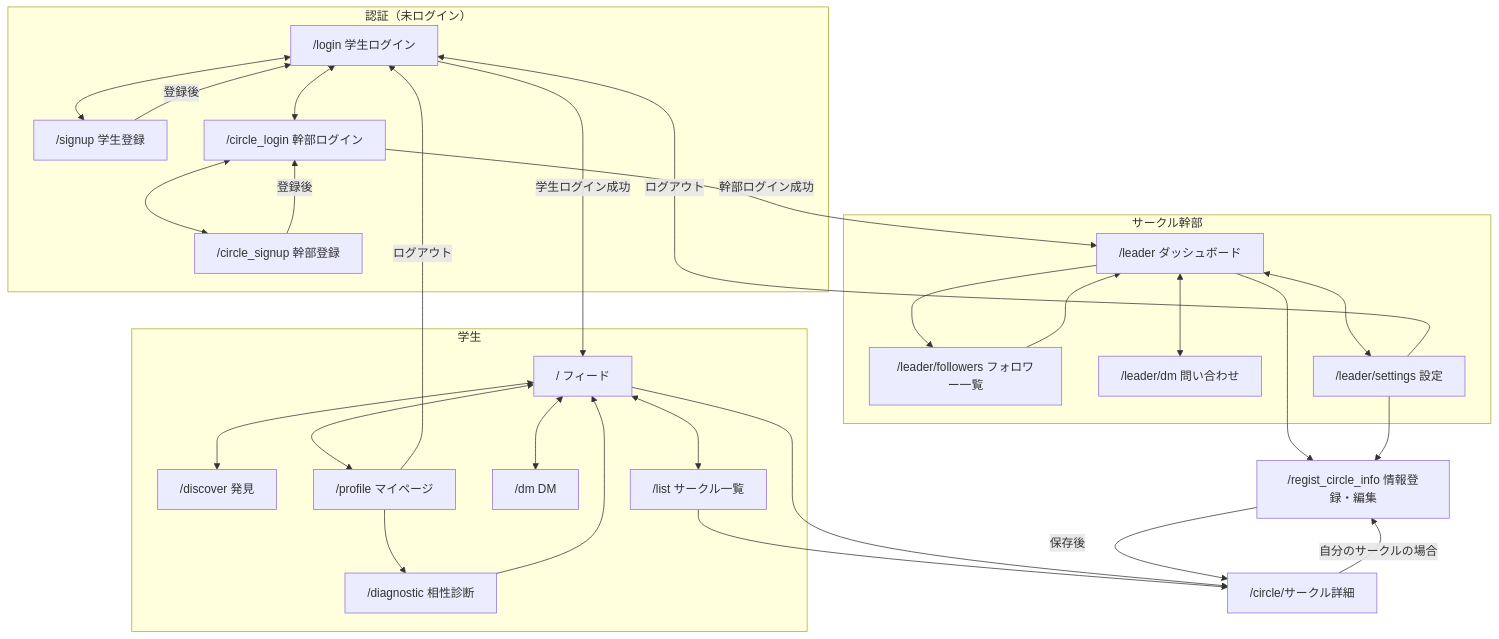
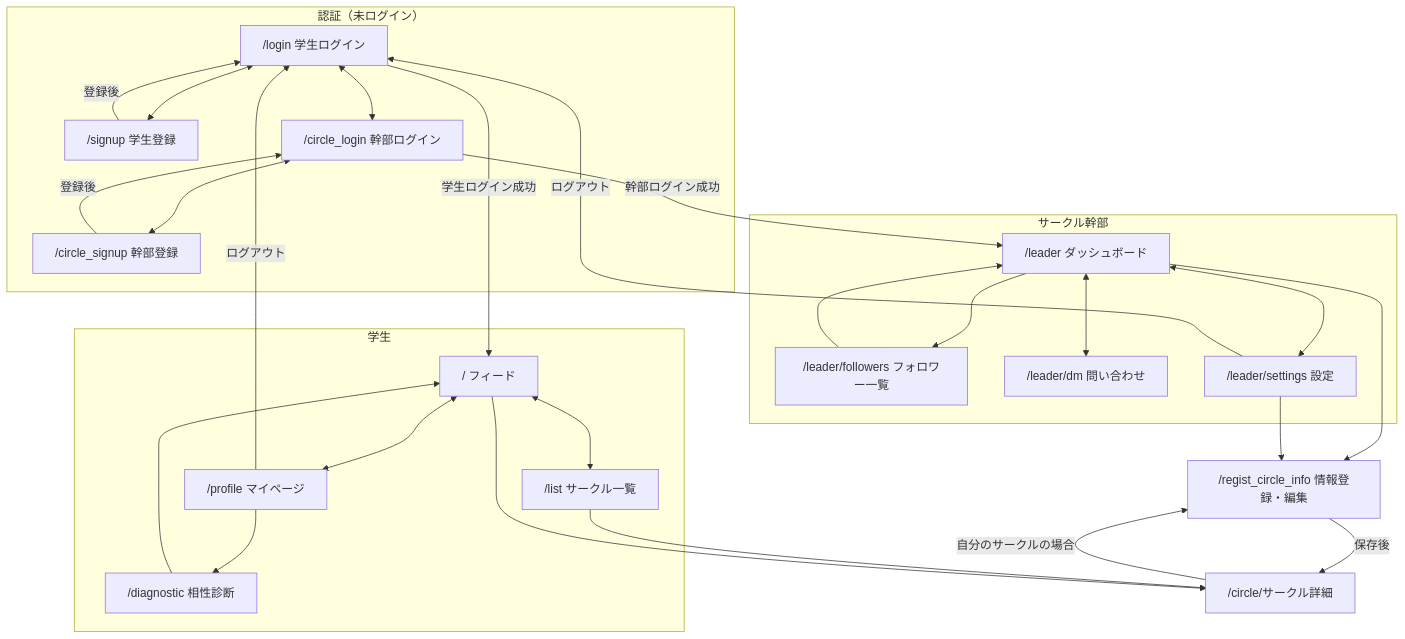
The diagram in README.md (Ankou369/circle_search_app), drawn with Mermaid before and after one commit. The commit also changed 2 other files, not shown here.

Commit message:
学生側の発見・DM画面を削除し、下部ナビを3項目（ホーム/一覧/マイページ）に変更。READMEの状態遷移図も同期

````diff
--- a/README.md
+++ b/README.md
@@ -9,50 +9,46 @@
 ```mermaid
 flowchart TD
     subgraph auth ["認証（未ログイン）"]
         L["/login 学生ログイン"]
         SU["/signup 学生登録"]
         CL["/circle_login 幹部ログイン"]
         CS["/circle_signup 幹部登録"]
         L <--> SU
         CL <--> CS
         L <--> CL
     end
     subgraph student ["学生"]
         HOME["/ フィード"]
-        DIS["/discover 発見"]
         LIST["/list サークル一覧"]
-        SDM["/dm DM"]
         PROF["/profile マイページ"]
         DIAG["/diagnostic 相性診断"]
-        HOME <--> DIS
         HOME <--> LIST
-        HOME <--> SDM
         HOME <--> PROF
         PROF --> DIAG
         DIAG --> HOME
     end
     subgraph leader ["サークル幹部"]
         DASH["/leader ダッシュボード"]
         FOL["/leader/followers フォロワー一覧"]
         LDM["/leader/dm 問い合わせ"]
         SET["/leader/settings 設定"]
         DASH <--> LDM
         DASH <--> SET
         DASH --> FOL
         FOL --> DASH
     end
     DET["/circle/サークル詳細"]
     REG["/regist_circle_info 情報登録・編集"]
     L -->|学生ログイン成功| HOME
     SU -->|登録後| L
     CL -->|幹部ログイン成功| DASH
     CS -->|登録後| CL
     LIST --> DET
     HOME --> DET
     DASH --> REG
     SET --> REG
     DET -->|自分のサークルの場合| REG
     REG -->|保存後| DET
     PROF -->|ログアウト| L
     SET -->|ログアウト| L
 ```
````
